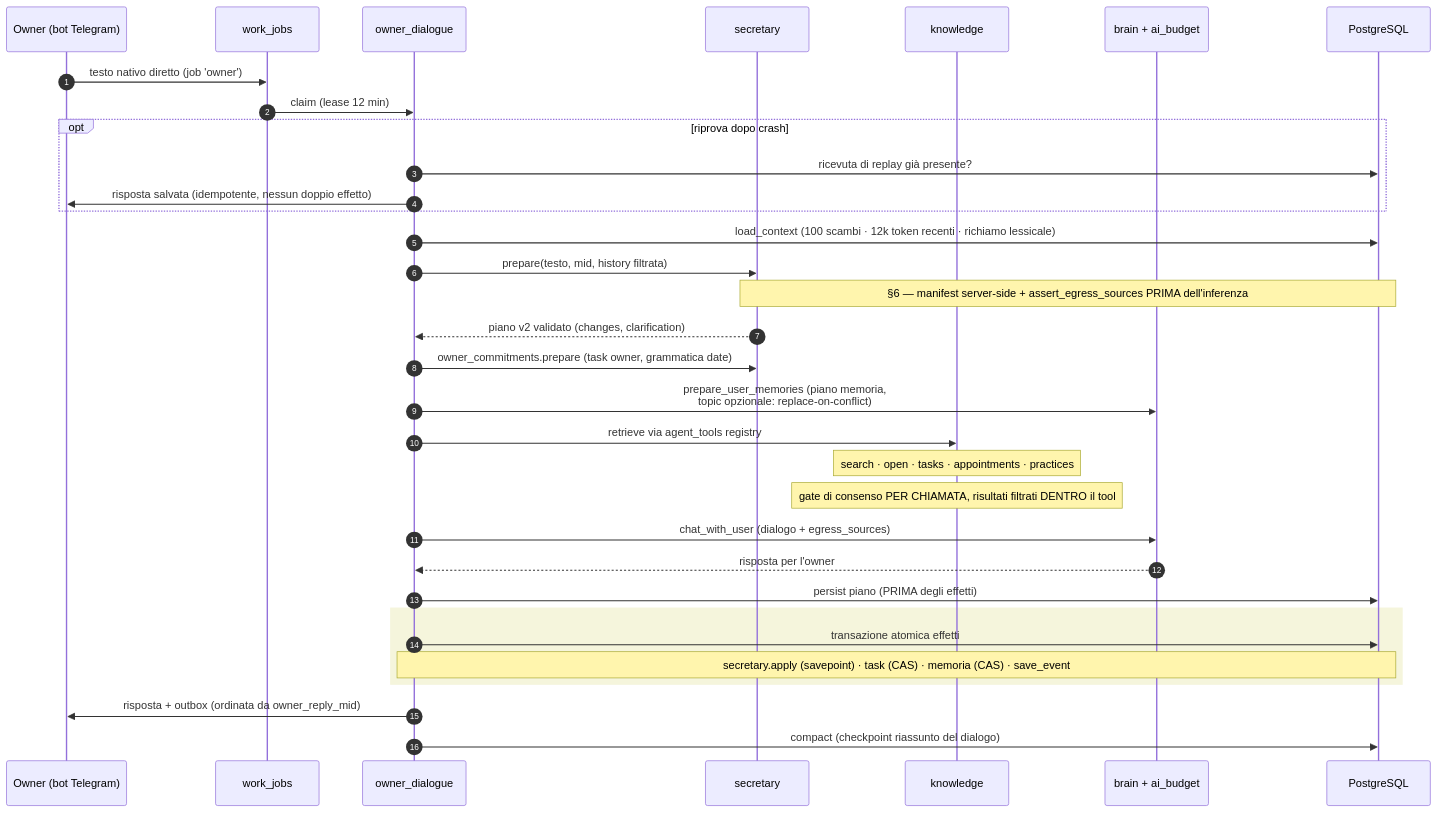
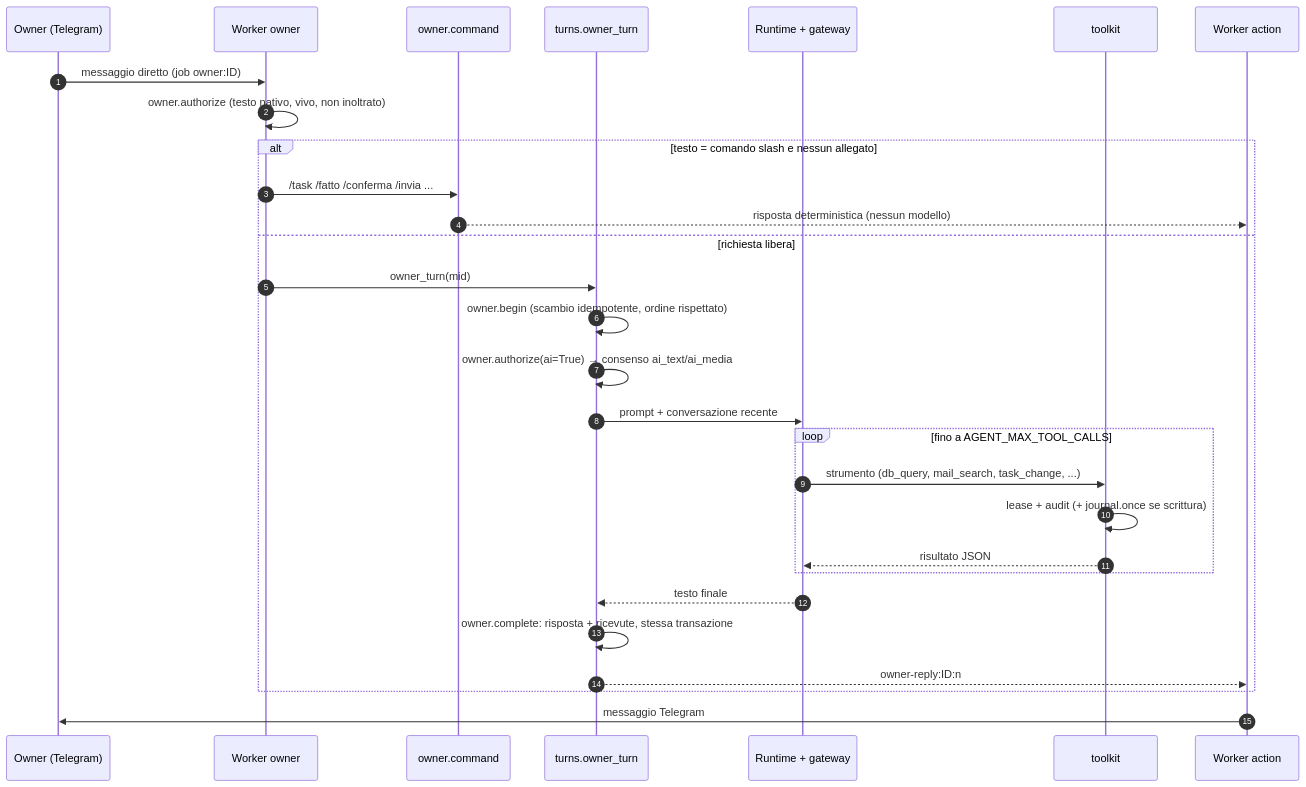
Before and after one commit to Hypaz-AI/p-secretary: the second of 9 diagrams in AGENT_FLOWS.md, drawn with Mermaid. The commit also changed other lines of this file and 131 other files, not shown here.

````diff
--- a/AGENT_FLOWS.md
+++ b/AGENT_FLOWS.md
@@ -184,36 +82,31 @@
 ```mermaid
 sequenceDiagram
     autonumber
-    participant O as Owner (bot Telegram)
-    participant Q as work_jobs
-    participant D as owner_dialogue
-    participant S as secretary
-    participant K as knowledge
-    participant B as brain + ai_budget
-    participant DB as PostgreSQL
-
-    O->>Q: testo nativo diretto (job 'owner')
-    Q->>D: claim (lease 12 min)
-    opt riprova dopo crash
-        D->>DB: ricevuta di replay già presente?
-        D->>O: risposta salvata (idempotente, nessun doppio effetto)
+    participant O as Owner (Telegram)
+    participant W as Worker owner
+    participant C as owner.command
+    participant T as turns.owner_turn
+    participant R as Runtime + gateway
+    participant K as toolkit
+    participant A as Worker action
+    O->>W: messaggio diretto (job owner:ID)
+    W->>W: owner.authorize (testo nativo, vivo, non inoltrato)
+    alt testo = comando slash e nessun allegato
+        W->>C: /task /fatto /conferma /invia ...
+        C-->>A: risposta deterministica (nessun modello)
+    else richiesta libera
+        W->>T: owner_turn(mid)
+        T->>T: owner.begin (scambio idempotente, ordine rispettato)
+        T->>T: owner.authorize(ai=True) → consenso ai_text/ai_media
+        T->>R: prompt + conversazione recente
+        loop fino a AGENT_MAX_TOOL_CALLS
+            R->>K: strumento (db_query, mail_search, task_change, ...)
+            K->>K: lease + audit (+ journal.once se scrittura)
+            K-->>R: risultato JSON
+        end
+        R-->>T: testo finale
+        T->>T: owner.complete: risposta + ricevute, stessa transazione
+        T-->>A: owner-reply:ID:n
     end
-    D->>DB: load_context (100 scambi · 12k token recenti · richiamo lessicale)
-    D->>S: prepare(testo, mid, history filtrata)
-    Note over S,DB: §6 — manifest server-side + assert_egress_sources PRIMA dell'inferenza
-    S-->>D: piano v2 validato (changes, clarification)
-    D->>S: owner_commitments.prepare (task owner, grammatica date)
-    D->>B: prepare_user_memories (piano memoria,<br/>topic opzionale: replace-on-conflict)
-    D->>K: retrieve via agent_tools registry
-    Note over K: search · open · tasks · appointments · practices
-    Note over K: gate di consenso PER CHIAMATA, risultati filtrati DENTRO il tool
-    D->>B: chat_with_user (dialogo + egress_sources)
-    B-->>D: risposta per l'owner
-    D->>DB: persist piano (PRIMA degli effetti)
-    rect rgb(245,245,220)
-        D->>DB: transazione atomica effetti
-        Note over D,DB: secretary.apply (savepoint) · task (CAS) · memoria (CAS) · save_event
-    end
-    D->>O: risposta + outbox (ordinata da owner_reply_mid)
-    D->>DB: compact (checkpoint riassunto del dialogo)
+    A->>O: messaggio Telegram
 ```
````
